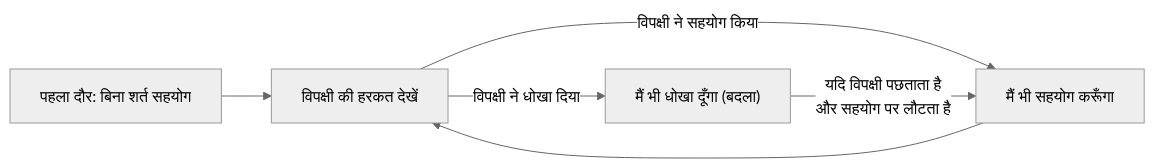
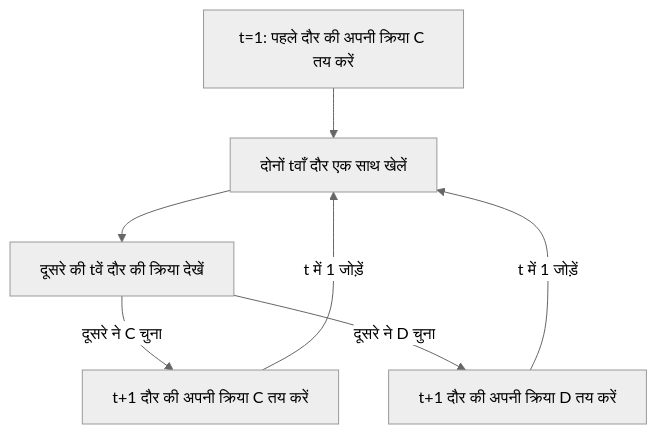
One commit to kenjinote/blog changed the second of 2 diagrams in content/post/囚人のジレンマ/index.hi.md. Above: the diagram before and after it, drawn with Mermaid (neutral theme). The commit also changed other lines of this file and 9 other files, not shown here.

````diff
--- a/content/post/囚人のジレンマ/index.hi.md
+++ b/content/post/囚人のジレンマ/index.hi.md
@@ -132,10 +133,9 @@
 ```mermaid
-graph LR
-    Start["पहला दौर: बिना शर्त सहयोग"] --> Round2
-    
-    Round2["विपक्षी की हरकत देखें"] -->|"विपक्षी ने सहयोग किया"| Act_Coop["मैं भी सहयोग करूँगा"]
-    Round2 -->|"विपक्षी ने धोखा दिया"| Act_Betray["मैं भी धोखा दूँगा (बदला)"]
-    
-    Act_Coop --> Round2
-    Act_Betray -->|"यदि विपक्षी पछताता है<br>और सहयोग पर लौटता है"| Act_Coop
+graph TD
+    Start["t=1: पहले दौर की अपनी क्रिया C तय करें"] --> Play["दोनों tवाँ दौर एक साथ खेलें"]
+    Play --> Observe["दूसरे की tवें दौर की क्रिया देखें"]
+    Observe -->|"दूसरे ने C चुना"| NextC["t+1 दौर की अपनी क्रिया C तय करें"]
+    Observe -->|"दूसरे ने D चुना"| NextD["t+1 दौर की अपनी क्रिया D तय करें"]
+    NextC -->|"t में 1 जोड़ें"| Play
+    NextD -->|"t में 1 जोड़ें"| Play
 ```
````
